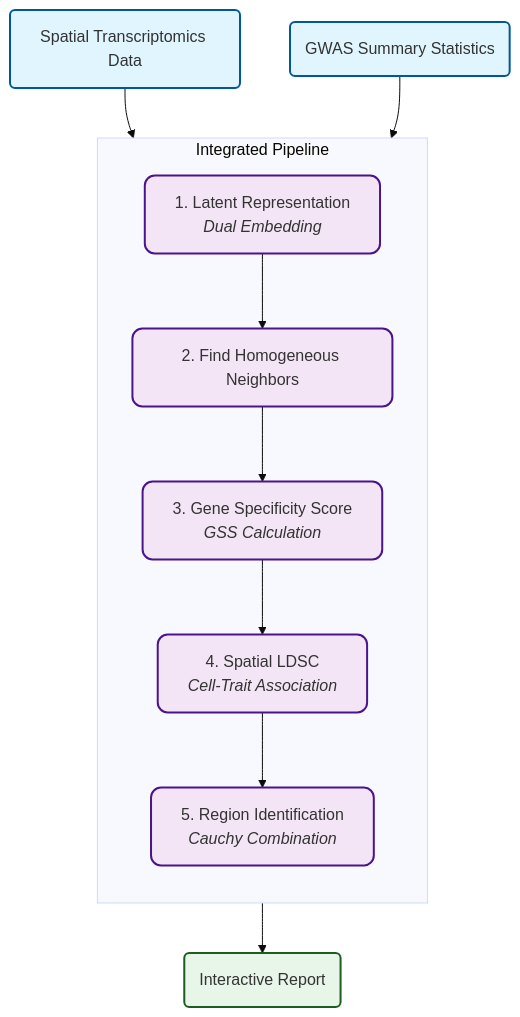
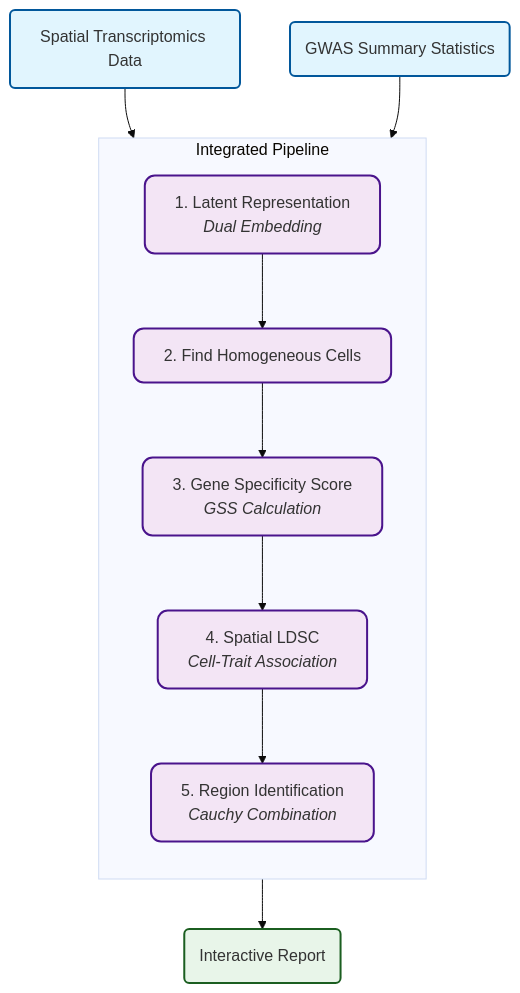
The diagram in docs/source/key_concepts.md (Ganten-Hornby/gsMap3D), drawn with Mermaid (base theme) before and after one commit. The commit also changed other lines of this file and 13 other files, not shown here.

````diff
--- a/docs/source/key_concepts.md
+++ b/docs/source/key_concepts.md
@@ -52,31 +52,31 @@
 ```{mermaid}
 graph TD
     %% Define styles
     classDef input fill:#e1f5fe,stroke:#01579b,stroke-width:2px;
     classDef process fill:#f3e5f5,stroke:#4a148c,stroke-width:2px,rx:10,ry:10;
     classDef output fill:#e8f5e9,stroke:#1b5e20,stroke-width:2px;
 
     %% Nodes
     ST(Spatial Transcriptomics Data):::input
     GWAS(GWAS Summary Statistics):::input
 
     subgraph Integrated Pipeline
         direction TB
         S1[1. Latent Representation<br/><i>Dual Embedding</i>]:::process
-        S2[2. Find Homogeneous Neighbors]:::process
+        S2[2. Find Homogeneous Cells]:::process
         S3[3. Gene Specificity Score<br/><i>GSS Calculation</i>]:::process
         S4[4. Spatial LDSC<br/><i>Cell-Trait Association</i>]:::process
         S5[5. Region Identification<br/><i>Cauchy Combination</i>]:::process
     end
 
     Report(Interactive Report):::output
 
     %% Edges
     ST --> S1
     S1 --> S2
     S2 --> S3
     S3 --> S4
     GWAS --> S4
     S4 --> S5
     S5 --> Report
 ```
````
